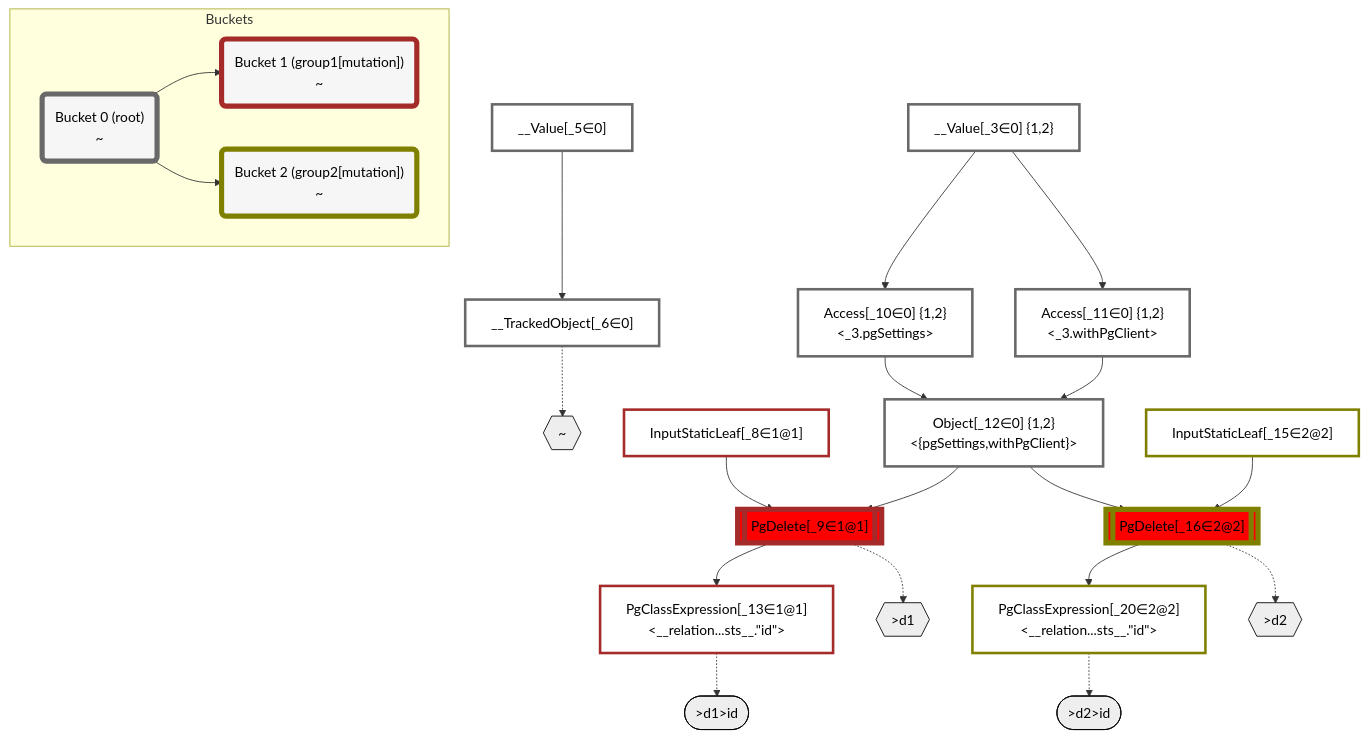
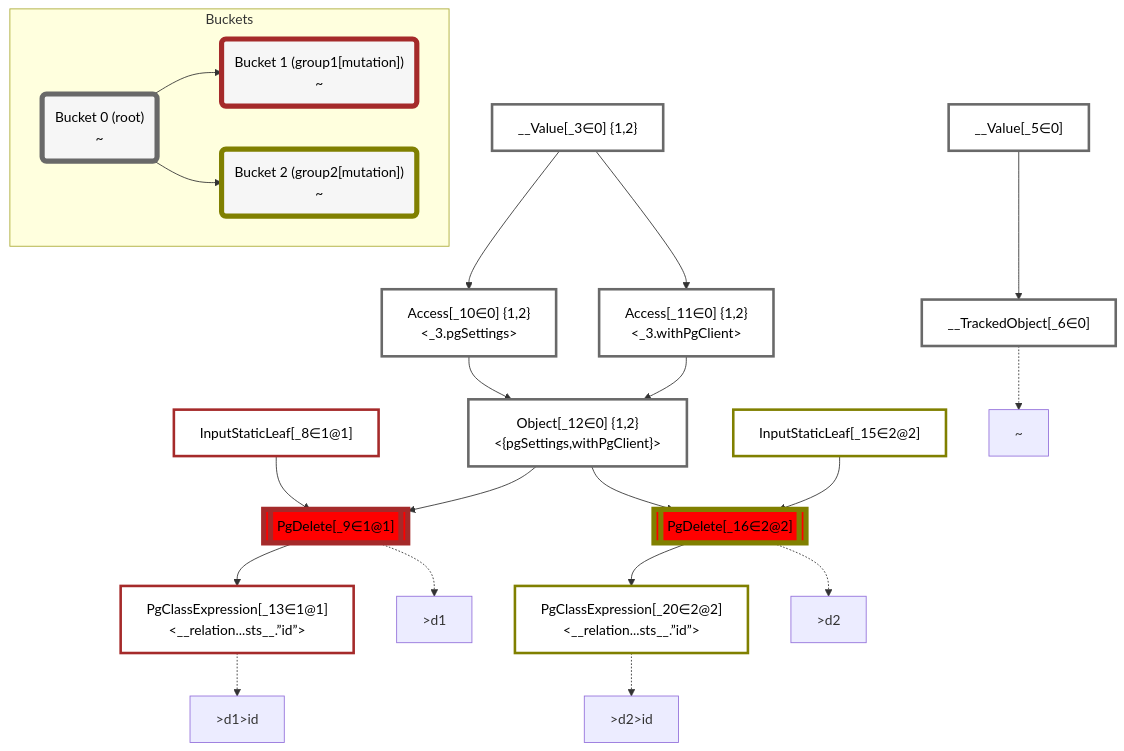
Before and after one commit to graphile/crystal: the diagram in packages/dataplan-pg/__tests__/mutations/basics/delete-relational-post-no-computed.deopt.mermaid.md, drawn with Mermaid. The commit also changed 195 other files, not shown here.

````diff
--- a/packages/dataplan-pg/__tests__/mutations/basics/delete-relational-post-no-computed.deopt.mermaid.md
+++ b/packages/dataplan-pg/__tests__/mutations/basics/delete-relational-post-no-computed.deopt.mermaid.md
@@ -1,73 +1,67 @@
 ```mermaid
 graph TD
     classDef path fill:#eee,stroke:#000,color:#000
     classDef plan fill:#fff,stroke-width:3px,color:#000
     classDef itemplan fill:#fff,stroke-width:6px,color:#000
     classDef sideeffectplan fill:#f00,stroke-width:6px,color:#000
     classDef bucket fill:#f6f6f6,color:#000,stroke-width:6px
 
-    %% subgraph fields
-    P1{{"~"}}:::path
-    P2{{">d1"}}:::path
-    P3([">d1>id"]):::path
-    %% P2 -.-> P3
-    %% P1 -.-> P2
-    P4{{">d2"}}:::path
-    P5([">d2>id"]):::path
-    %% P4 -.-> P5
-    %% P1 -.-> P4
-    %% end
 
     %% define plans
     __Value_3["__Value[_3∈0] {1,2}<br /><context>"]:::plan
     __Value_5["__Value[_5∈0]<br /><rootValue>"]:::plan
     __TrackedObject_6["__TrackedObject[_6∈0]"]:::plan
     InputStaticLeaf_8["InputStaticLeaf[_8∈1@1]"]:::plan
     PgDelete_9[["PgDelete[_9∈1@1]"]]:::sideeffectplan
     Access_10["Access[_10∈0] {1,2}<br /><_3.pgSettings>"]:::plan
     Access_11["Access[_11∈0] {1,2}<br /><_3.withPgClient>"]:::plan
     Object_12["Object[_12∈0] {1,2}<br /><{pgSettings,withPgClient}>"]:::plan
-    PgClassExpression_13["PgClassExpression[_13∈1@1]<br /><__relation...sts__.#quot;id#quot;>"]:::plan
+    PgClassExpression_13["PgClassExpression[_13∈1@1]<br /><__relation...sts__.”id”>"]:::plan
     InputStaticLeaf_15["InputStaticLeaf[_15∈2@2]"]:::plan
     PgDelete_16[["PgDelete[_16∈2@2]"]]:::sideeffectplan
-    PgClassExpression_20["PgClassExpression[_20∈2@2]<br /><__relation...sts__.#quot;id#quot;>"]:::plan
+    PgClassExpression_20["PgClassExpression[_20∈2@2]<br /><__relation...sts__.”id”>"]:::plan
 
     %% plan dependencies
     __Value_5 --> __TrackedObject_6
     Object_12 --> PgDelete_9
     InputStaticLeaf_8 --> PgDelete_9
     __Value_3 --> Access_10
     __Value_3 --> Access_11
     Access_10 --> Object_12
     Access_11 --> Object_12
     PgDelete_9 --> PgClassExpression_13
     Object_12 --> PgDelete_16
     InputStaticLeaf_15 --> PgDelete_16
     PgDelete_16 --> PgClassExpression_20
 
     %% plan-to-path relationships
+    P1["~"]
     __TrackedObject_6 -.-> P1
+    P2[">d1"]
     PgDelete_9 -.-> P2
+    P3[">d1>id"]
     PgClassExpression_13 -.-> P3
+    P4[">d2"]
     PgDelete_16 -.-> P4
+    P5[">d2>id"]
     PgClassExpression_20 -.-> P5
 
     %% allocate buckets
     classDef bucket0 stroke:#696969
     class __Value_3,__Value_5,__TrackedObject_6,Access_10,Access_11,Object_12 bucket0
     classDef bucket1 stroke:#a52a2a
     class InputStaticLeaf_8,PgDelete_9,PgClassExpression_13 bucket1
     classDef bucket2 stroke:#808000
     class InputStaticLeaf_15,PgDelete_16,PgClassExpression_20 bucket2
 
     subgraph Buckets
     Bucket0("Bucket 0 (root)<br />~"):::bucket
     style Bucket0 stroke:#696969
     Bucket1("Bucket 1 (group1[mutation])<br />~"):::bucket
     style Bucket1 stroke:#a52a2a
     Bucket0 --> Bucket1
     Bucket2("Bucket 2 (group2[mutation])<br />~"):::bucket
     style Bucket2 stroke:#808000
     Bucket0 --> Bucket2
     end
 ```
````
